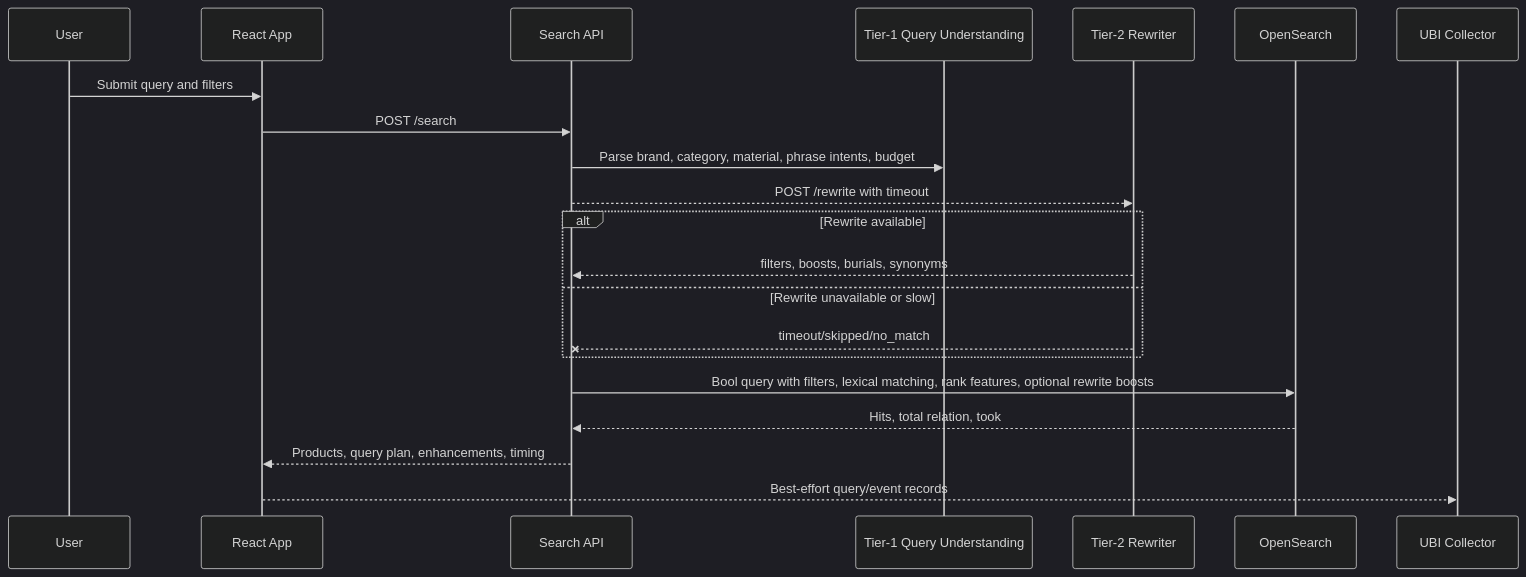
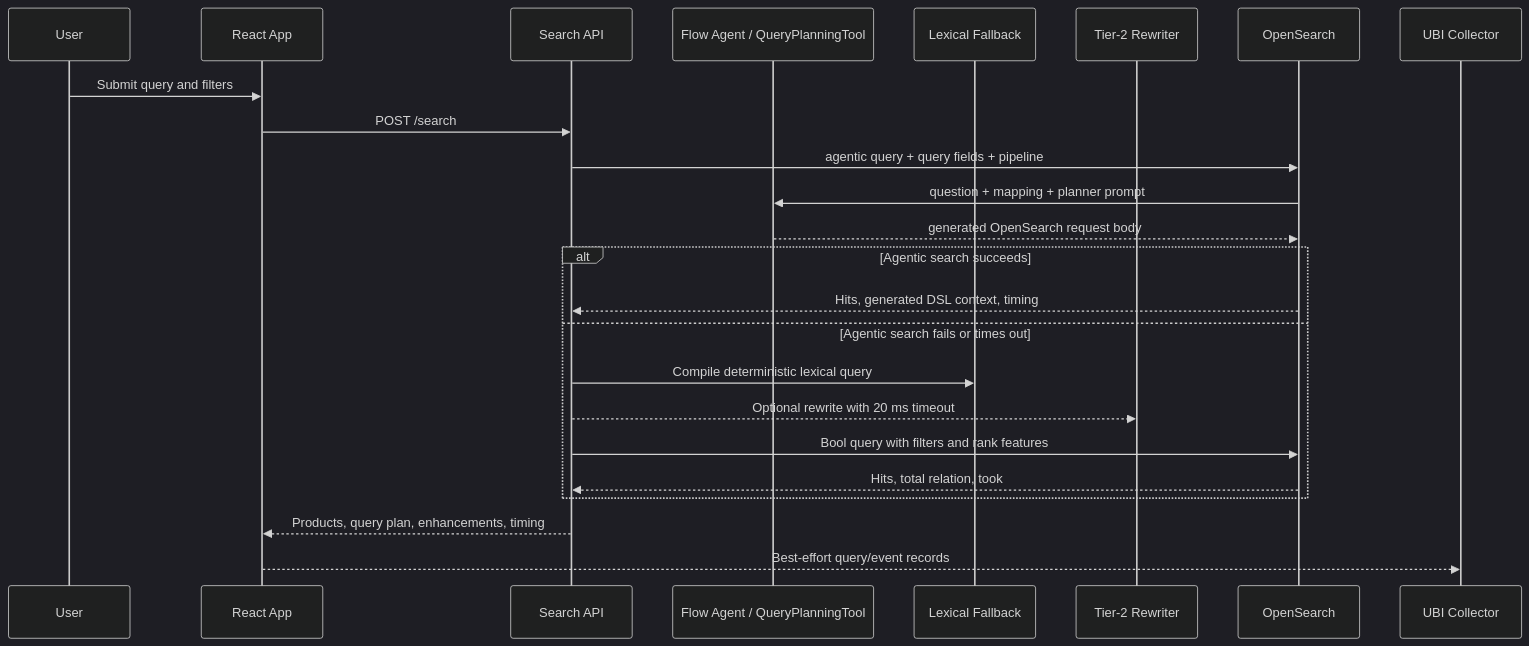
One commit to sharp-pixel/LaTrouvaille changed the second of 2 diagrams in retail-search-prototype/docs/architecture-report.md. Above: the diagram before and after it, drawn with Mermaid (dark theme). The commit also changed other lines of this file and 40 other files, not shown here.

Commit message:
Expand retail search prototype and query training workflows

````diff
--- a/retail-search-prototype/docs/architecture-report.md
+++ b/retail-search-prototype/docs/architecture-report.md
@@ -58,24 +60,27 @@
 ```mermaid
 sequenceDiagram
   participant U as User
   participant UI as React App
   participant API as Search API
-  participant QU as Tier-1 Query Understanding
+  participant LLM as Flow Agent / QueryPlanningTool
+  participant QU as Lexical Fallback
   participant QR as Tier-2 Rewriter
   participant OS as OpenSearch
   participant UBI as UBI Collector
 
   U->>UI: Submit query and filters
   UI->>API: POST /search
-  API->>QU: Parse brand, category, material, phrase intents, budget
-  API-->>QR: POST /rewrite with timeout
-  alt Rewrite available
-    QR-->>API: filters, boosts, burials, synonyms
-  else Rewrite unavailable or slow
-    QR--xAPI: timeout/skipped/no_match
+  API->>OS: agentic query + query fields + pipeline
+  OS->>LLM: question + mapping + planner prompt
+  LLM-->>OS: generated OpenSearch request body
+  alt Agentic search succeeds
+    OS-->>API: Hits, generated DSL context, timing
+  else Agentic search fails or times out
+    API->>QU: Compile deterministic lexical query
+    API-->>QR: Optional rewrite with 20 ms timeout
+    API->>OS: Bool query with filters and rank features
+    OS-->>API: Hits, total relation, took
   end
-  API->>OS: Bool query with filters, lexical matching, rank features, optional rewrite boosts
-  OS-->>API: Hits, total relation, took
   API-->>UI: Products, query plan, enhancements, timing
   UI-->>UBI: Best-effort query/event records
 ```
````
